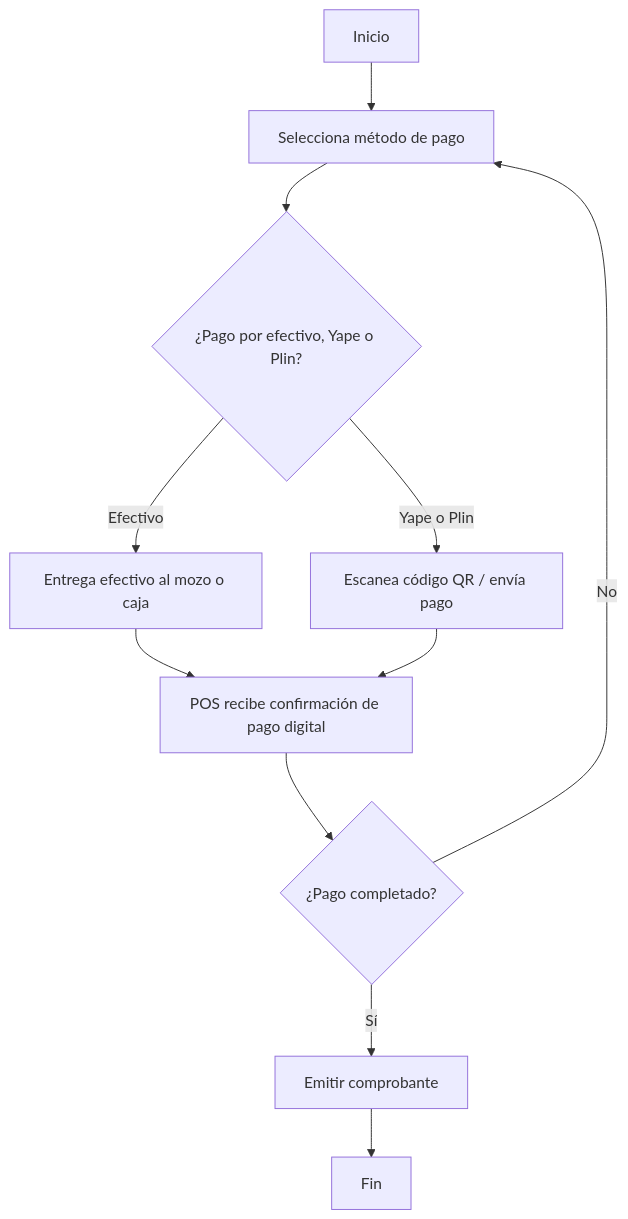
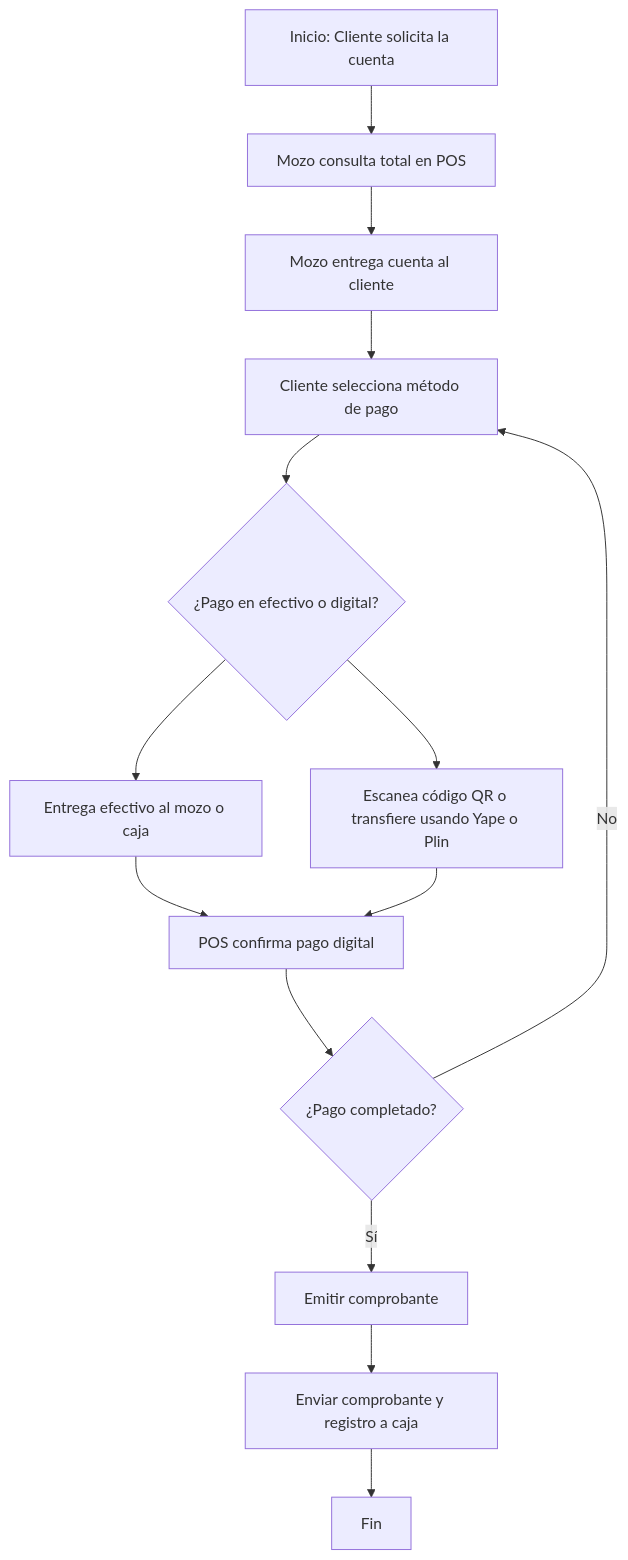
The second of 2 diagrams in Diagramas_De_Flujo.md (betoportugalc/ProyectoCafecito), drawn with Mermaid before and after one commit. The commit also changed other lines of this file, not shown here.

````diff
--- a/Diagramas_De_Flujo.md
+++ b/Diagramas_De_Flujo.md
@@ -23,13 +27,16 @@
 ```mermaid
 flowchart TD
-    A[Inicio] --> B[Selecciona método de pago]
-    B --> C{¿Pago por efectivo, Yape o Plin?}
-    C -->|Efectivo| D[Entrega efectivo al mozo o caja]
-    C -->|Yape o Plin| E[Escanea código QR / envía pago]
-    D --> F[POS registra pago recibido]
-    E --> F[POS recibe confirmación de pago digital]
-    F --> G{¿Pago completado?}
-    G -->|Sí| H[Emitir comprobante]
-    G -->|No| B
-    H --> I[Fin]
+    A[Inicio: Cliente solicita la cuenta] --> B[Mozo consulta total en POS]
+    B --> C[Mozo entrega cuenta al cliente]
+    C --> D[Cliente selecciona método de pago]
+    D --> E{¿Pago en efectivo o digital?}
+    E --> F[Entrega efectivo al mozo o caja]
+    E --> G[Escanea código QR o transfiere usando Yape o Plin]
+    F --> H[POS registra pago en efectivo]
+    G --> H[POS confirma pago digital]
+    H --> I{¿Pago completado?}
+    I -->|No| D
+    I -->|Sí| J[Emitir comprobante]
+    J --> K[Enviar comprobante y registro a caja]
+    K --> L[Fin]
 ```
````
